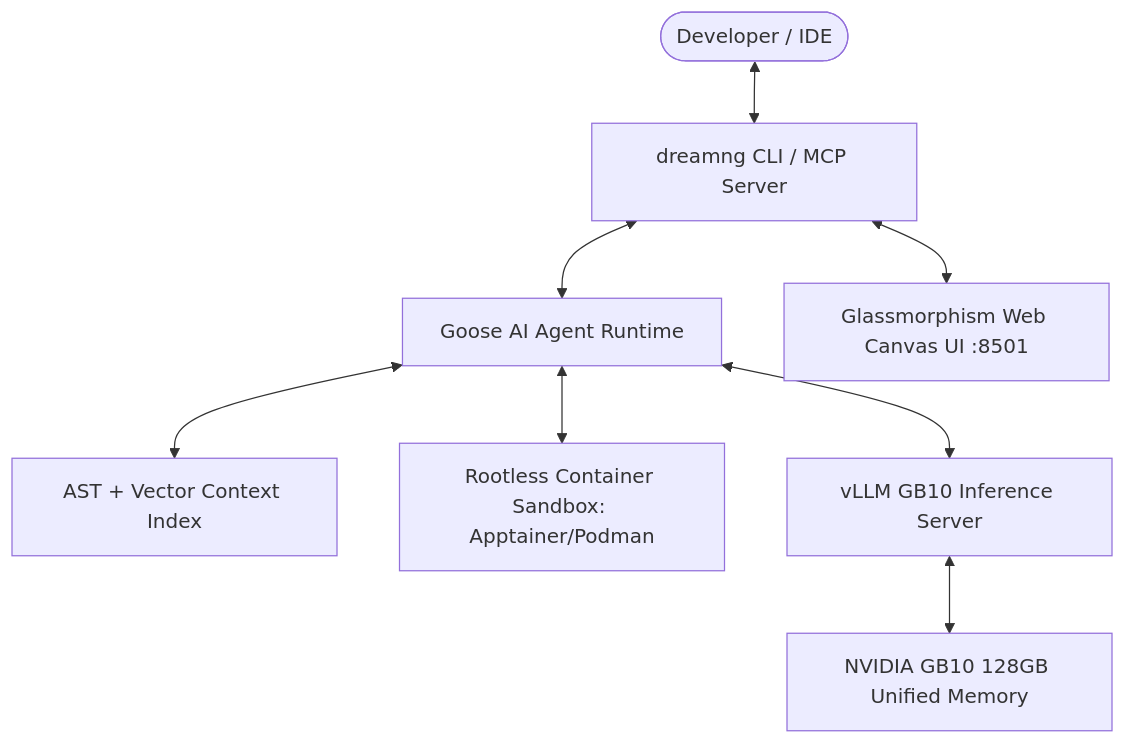
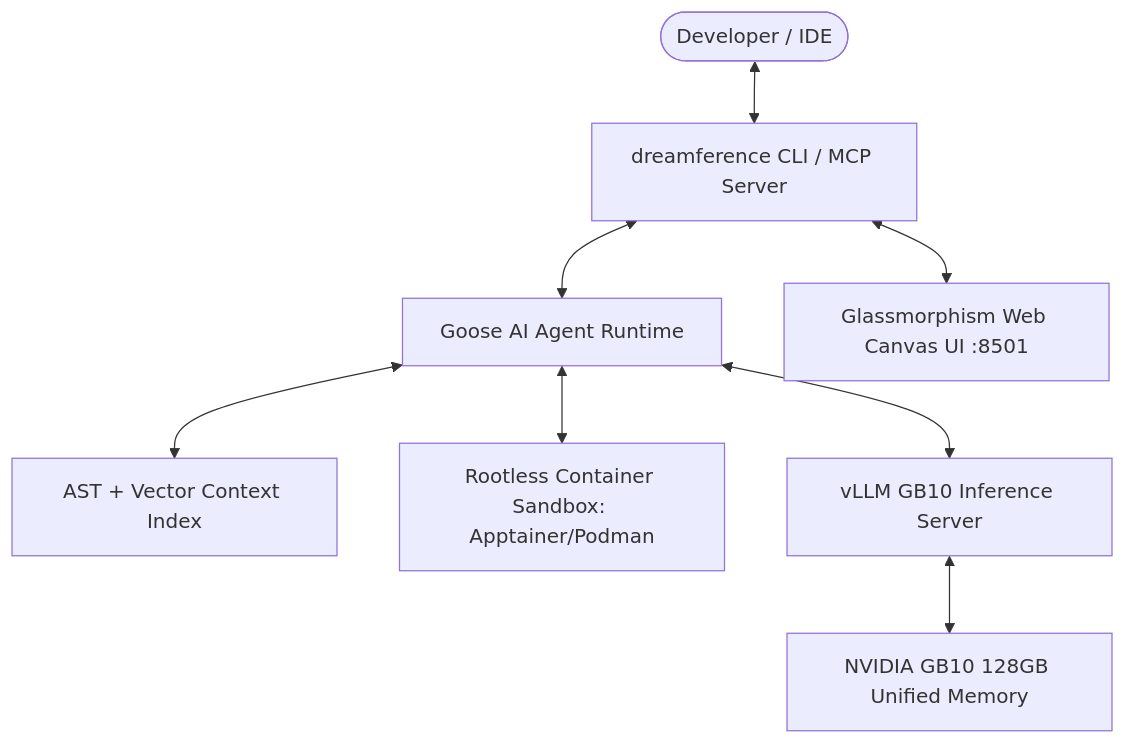
Before and after one commit to dreamference/mightling: the diagram in README.md, drawn with Mermaid. The commit also changed other lines of this file and 79 other files, not shown here.

Commit message:
/home/user/Downloads/dreamng-logo-dark (1).svg /home/user/Downloads/dreamng-logo-light (1).svg

````diff
--- a/README.md
+++ b/README.md
@@ -146,10 +146,10 @@
 ```mermaid
 flowchart TD
-    User([Developer / IDE]) <--> CLI[dreamng CLI / MCP Server]
+    User([Developer / IDE]) <--> CLI[dreamference CLI / MCP Server]
     CLI <--> Goose[Goose AI Agent Runtime]
     Goose <--> ContextEngine[AST + Vector Context Index]
     Goose <--> Sandbox[Rootless Container Sandbox: Apptainer/Podman]
     Goose <--> vLLM[vLLM GB10 Inference Server]
     vLLM <--> GB10[NVIDIA GB10 128GB Unified Memory]
     CLI <--> WebUI[Glassmorphism Web Canvas UI :8501]
 ```
````
